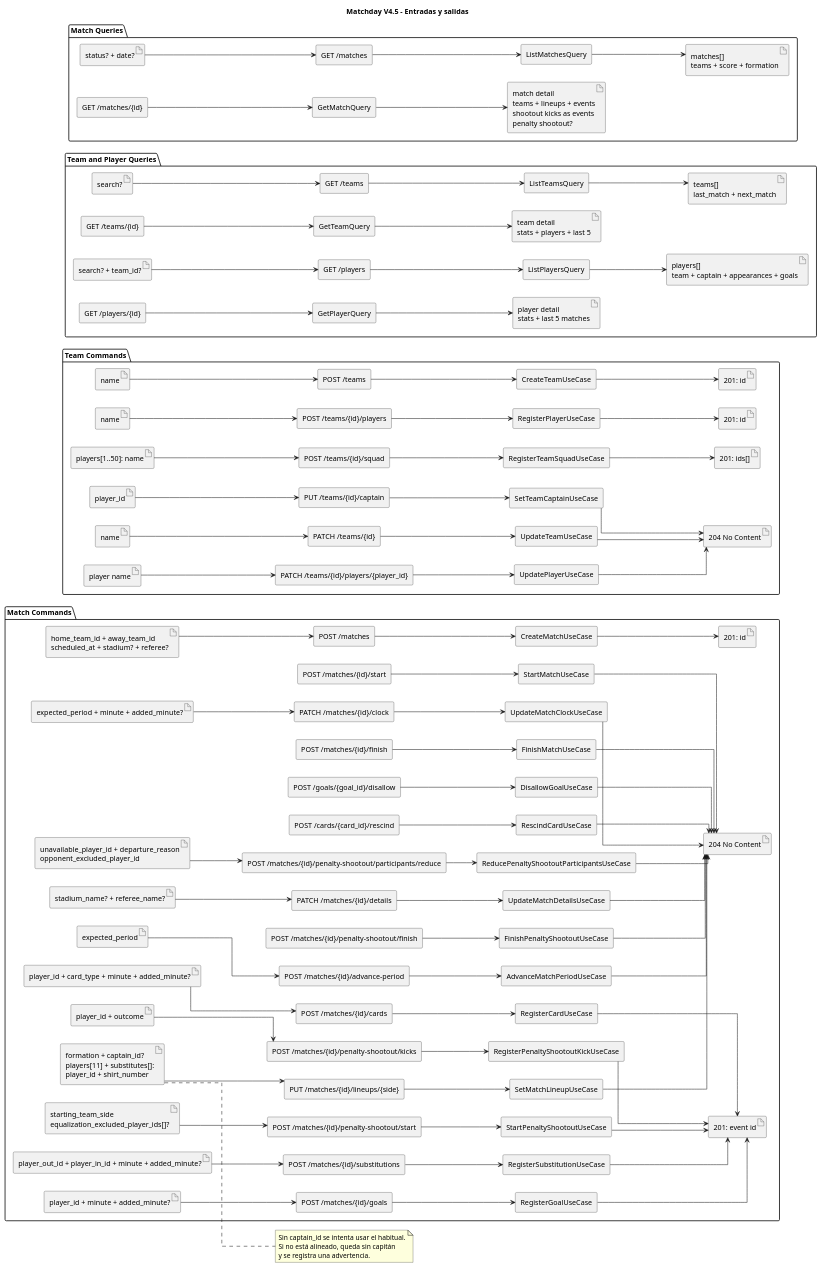
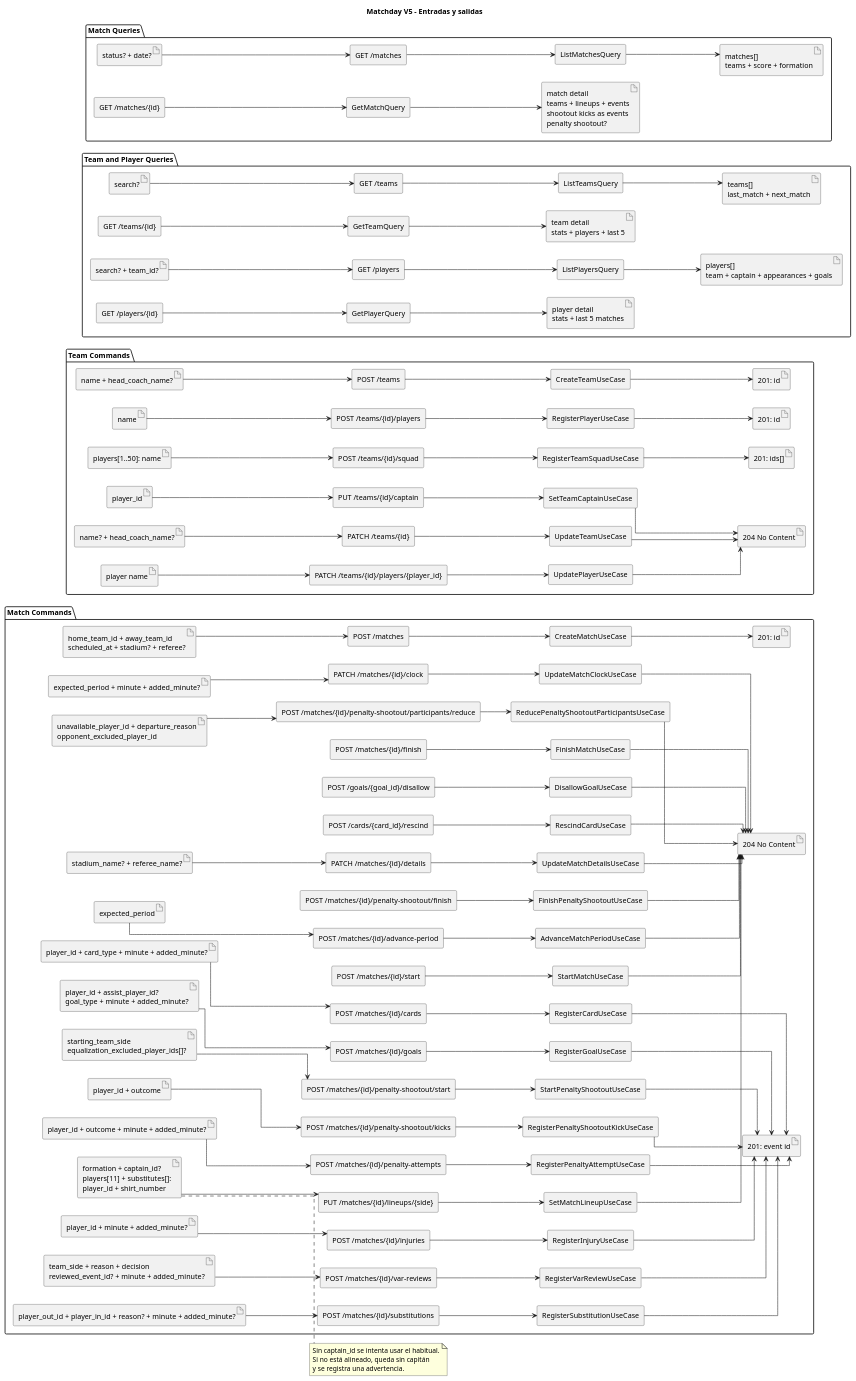
Before and after one commit to JaredDet/Match-Day: the diagram in docs/diagrams/inputs-outputs.puml, drawn with PlantUML. The commit also changed 58 other files, not shown here.

```diff
--- a/docs/diagrams/inputs-outputs.puml
+++ b/docs/diagrams/inputs-outputs.puml
@@ -1,5 +1,5 @@
 @startuml Matchday Inputs and Outputs
-title Matchday V4.5 - Entradas y salidas
+title Matchday V5 - Entradas y salidas
 left to right direction
 skinparam componentStyle rectangle
 skinparam linetype ortho
@@ -7,11 +7,11 @@
 package "Team Commands" {
   component "POST /teams" as CreateTeamApi
   component "CreateTeamUseCase" as CreateTeam
-  artifact "name" as CreateTeamInput
+  artifact "name + head_coach_name?" as CreateTeamInput
   artifact "201: id" as CreateTeamOutput
   component "PATCH /teams/{id}" as UpdateTeamApi
   component "UpdateTeamUseCase" as UpdateTeam
-  artifact "name" as UpdateTeamInput
+  artifact "name? + head_coach_name?" as UpdateTeamInput
   component "POST /teams/{id}/players" as RegisterPlayerApi
   component "RegisterPlayerUseCase" as RegisterPlayer
   artifact "name" as RegisterPlayerInput
@@ -69,14 +69,23 @@
   component "FinishMatchUseCase" as FinishMatch
   component "POST /matches/{id}/goals" as GoalApi
   component "RegisterGoalUseCase" as RegisterGoal
-  artifact "player_id + minute + added_minute?" as GoalInput
+  artifact "player_id + assist_player_id?\ngoal_type + minute + added_minute?" as GoalInput
   artifact "201: event id" as EventOutput
+  component "POST /matches/{id}/penalty-attempts" as PenaltyAttemptApi
+  component "RegisterPenaltyAttemptUseCase" as RegisterPenaltyAttempt
+  artifact "player_id + outcome + minute + added_minute?" as PenaltyAttemptInput
+  component "POST /matches/{id}/injuries" as InjuryApi
+  component "RegisterInjuryUseCase" as RegisterInjury
+  artifact "player_id + minute + added_minute?" as InjuryInput
+  component "POST /matches/{id}/var-reviews" as VarReviewApi
+  component "RegisterVarReviewUseCase" as RegisterVarReview
+  artifact "team_side + reason + decision\nreviewed_event_id? + minute + added_minute?" as VarReviewInput
   component "POST /matches/{id}/cards" as CardApi
   component "RegisterCardUseCase" as RegisterCard
   artifact "player_id + card_type + minute + added_minute?" as CardInput
   component "POST /matches/{id}/substitutions" as SubstitutionApi
   component "RegisterSubstitutionUseCase" as RegisterSubstitution
-  artifact "player_out_id + player_in_id + minute + added_minute?" as SubstitutionInput
+  artifact "player_out_id + player_in_id + reason? + minute + added_minute?" as SubstitutionInput
   component "POST /goals/{goal_id}/disallow" as DisallowApi
   component "DisallowGoalUseCase" as DisallowGoal
   component "POST /cards/{card_id}/rescind" as RescindApi
@@ -155,6 +164,15 @@
 GoalInput --> GoalApi
 GoalApi --> RegisterGoal
 RegisterGoal --> EventOutput
+PenaltyAttemptInput --> PenaltyAttemptApi
+PenaltyAttemptApi --> RegisterPenaltyAttempt
+RegisterPenaltyAttempt --> EventOutput
+InjuryInput --> InjuryApi
+InjuryApi --> RegisterInjury
+RegisterInjury --> EventOutput
+VarReviewInput --> VarReviewApi
+VarReviewApi --> RegisterVarReview
+RegisterVarReview --> EventOutput
 CardInput --> CardApi
 CardApi --> RegisterCard
 RegisterCard --> EventOutput
```
